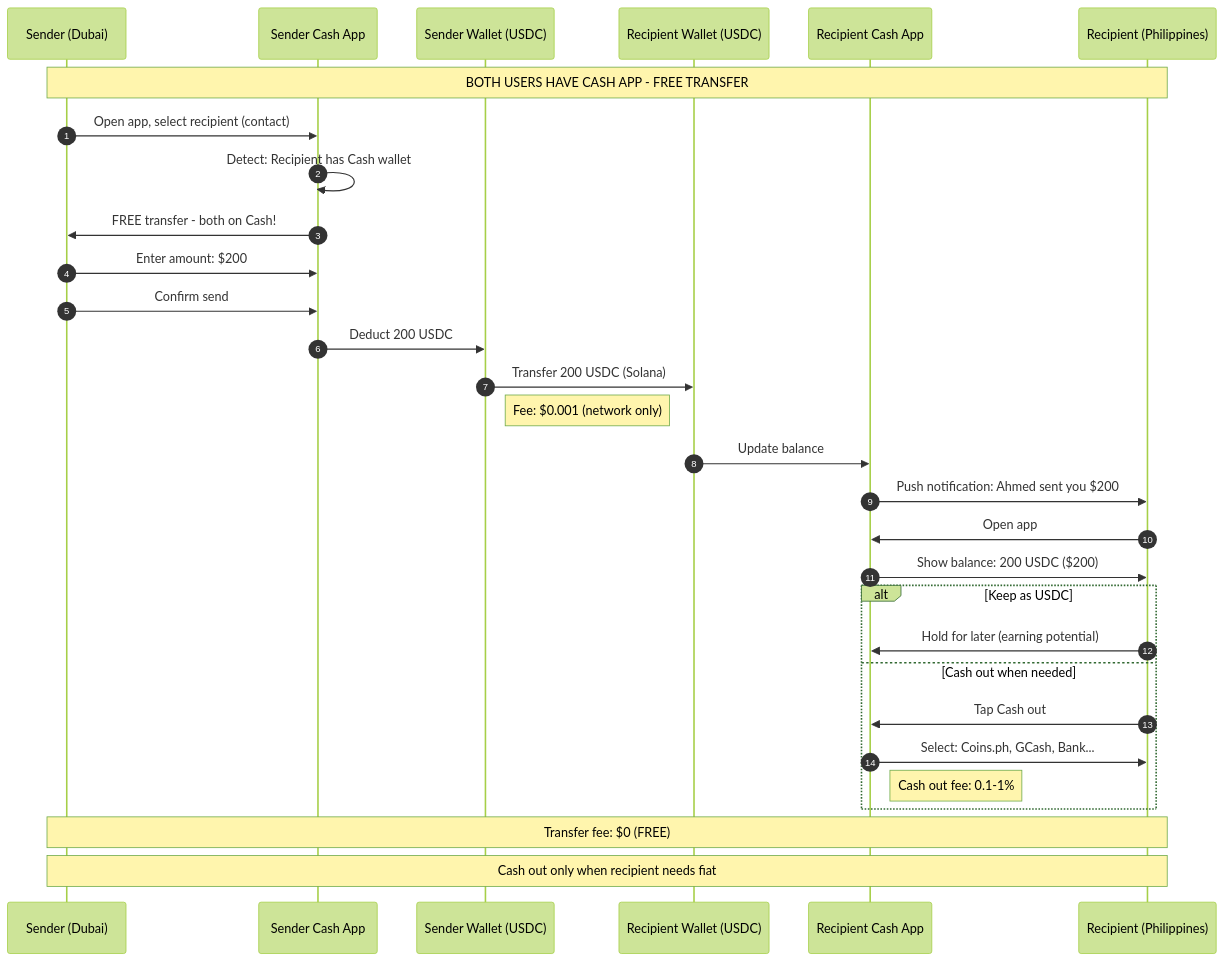
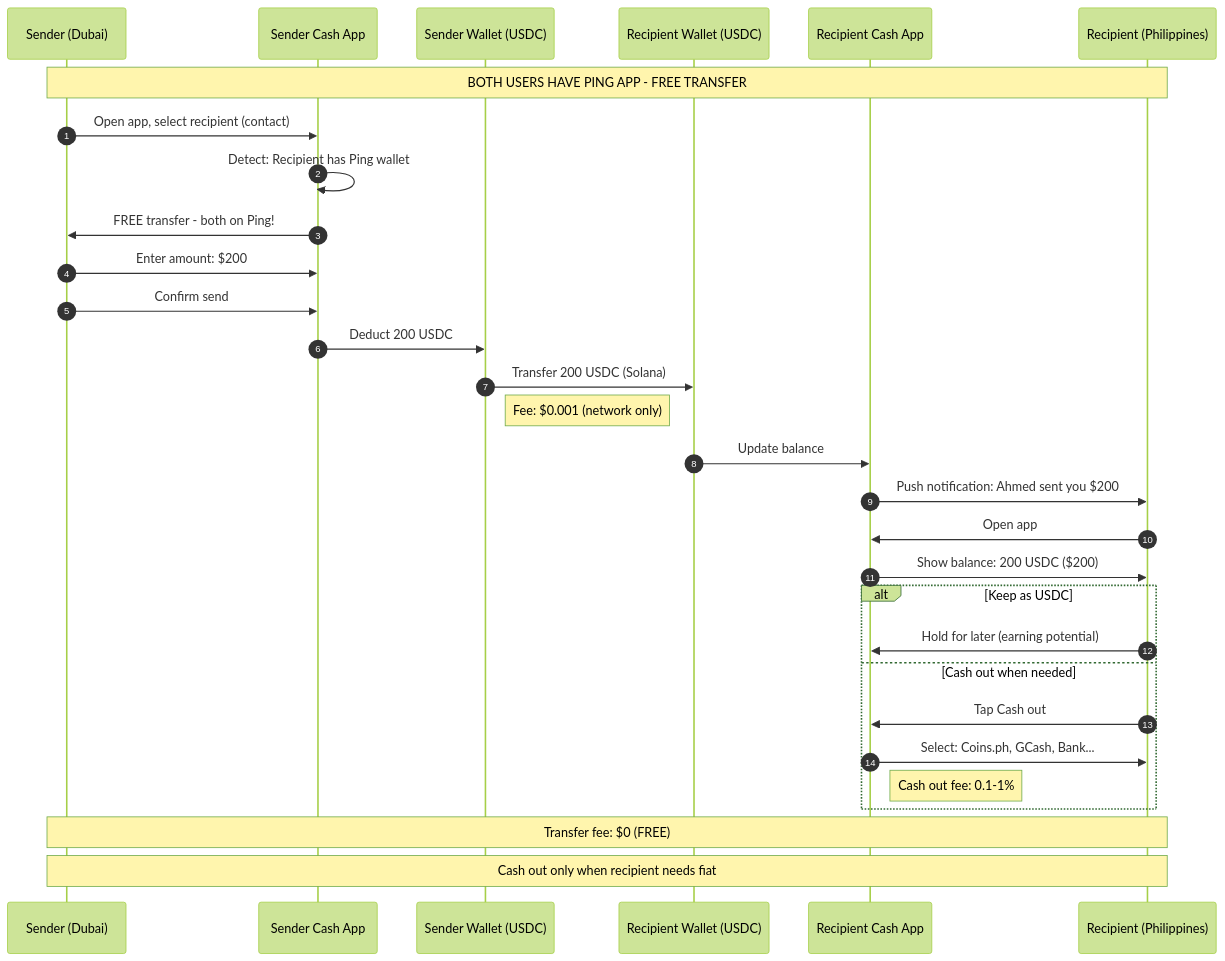
Before and after one commit to ping-cash/ping-cash: the sixth of 11 diagrams in docs/FLOWS.md, drawn with Mermaid (forest theme). The commit also changed other lines of this file and 38 other files, not shown here.

First line of the commit message:
chore: rebrand Cash → Ping; migrate to ping-cash/ping-cash

````diff
--- a/docs/FLOWS.md
+++ b/docs/FLOWS.md
@@ -260,39 +260,39 @@
 ```mermaid
 sequenceDiagram
     autonumber
     participant S as Sender (Dubai)
     participant SApp as Sender Cash App
     participant SW as Sender Wallet (USDC)
     participant RW as Recipient Wallet (USDC)
     participant RApp as Recipient Cash App
     participant R as Recipient (Philippines)
 
-    Note over S,R: BOTH USERS HAVE CASH APP - FREE TRANSFER
+    Note over S,R: BOTH USERS HAVE PING APP - FREE TRANSFER
 
     S->>SApp: Open app, select recipient (contact)
-    SApp->>SApp: Detect: Recipient has Cash wallet
-    SApp->>S: FREE transfer - both on Cash!
+    SApp->>SApp: Detect: Recipient has Ping wallet
+    SApp->>S: FREE transfer - both on Ping!
     S->>SApp: Enter amount: $200
     S->>SApp: Confirm send
 
     SApp->>SW: Deduct 200 USDC
     SW->>RW: Transfer 200 USDC (Solana)
     Note right of SW: Fee: $0.001 (network only)
 
     RW->>RApp: Update balance
     RApp->>R: Push notification: Ahmed sent you $200
 
     R->>RApp: Open app
     RApp->>R: Show balance: 200 USDC ($200)
 
     alt Keep as USDC
         R->>RApp: Hold for later (earning potential)
     else Cash out when needed
         R->>RApp: Tap Cash out
         RApp->>R: Select: Coins.ph, GCash, Bank...
         Note right of RApp: Cash out fee: 0.1-1%
     end
 
     Note over S,R: Transfer fee: $0 (FREE)
     Note over S,R: Cash out only when recipient needs fiat
 ```
````
